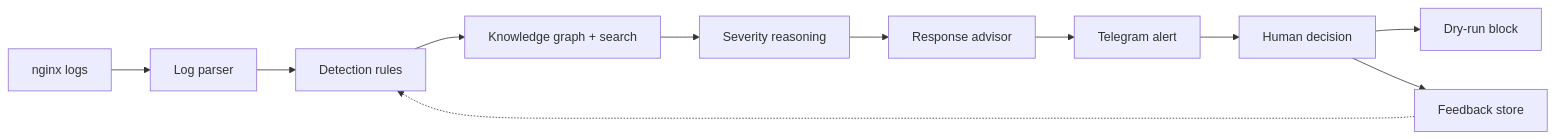
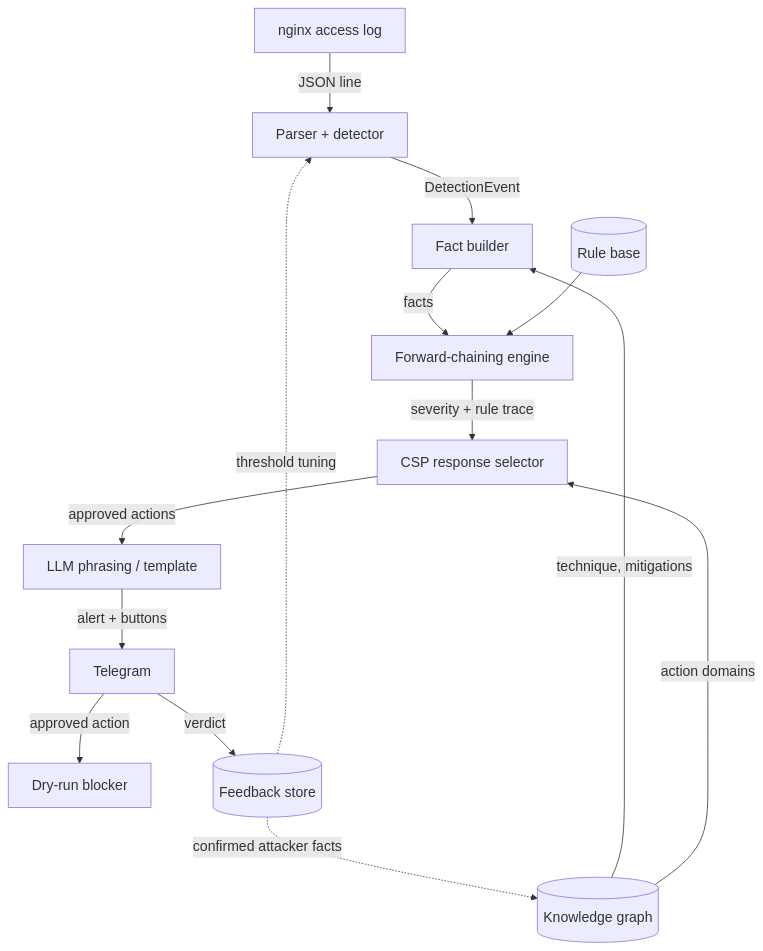
One commit to matylerb/The-IT-Stars-KDAI-Project changed the diagram in proposal/proposal.md. Above: the diagram before and after it, drawn with Mermaid. The commit also changed other lines of this file and 1 other file, not shown here.

````diff
--- a/proposal/proposal.md
+++ b/proposal/proposal.md
@@ -47,7 +73,17 @@
 ```mermaid
-flowchart LR
-    A[nginx logs] --> B[Log parser] --> C[Detection rules] --> D[Knowledge graph + search] --> E[Severity reasoning] --> F[Response advisor] --> G[Telegram alert] --> H[Human decision]
-    H --> I[Dry-run block]
-    H --> J[Feedback store]
-    J -.-> C
+%%{init: {"themeVariables": {"fontSize": "18px"}}}%%
+flowchart TD
+    A[nginx access log] -->|JSON line| B[Parser + detector]
+    B -->|DetectionEvent| C[Fact builder]
+    KG[(Knowledge graph)] -->|technique, mitigations| C
+    C -->|facts| D[Forward-chaining engine]
+    RB[(Rule base)] --> D
+    D -->|severity + rule trace| E[CSP response selector]
+    KG -->|action domains| E
+    E -->|approved actions| F[LLM phrasing / template]
+    F -->|alert + buttons| G[Telegram]
+    G -->|approved action| H[Dry-run blocker]
+    G -->|verdict| I[(Feedback store)]
+    I -.->|threshold tuning| B
+    I -.->|confirmed attacker facts| KG
 ```
````
